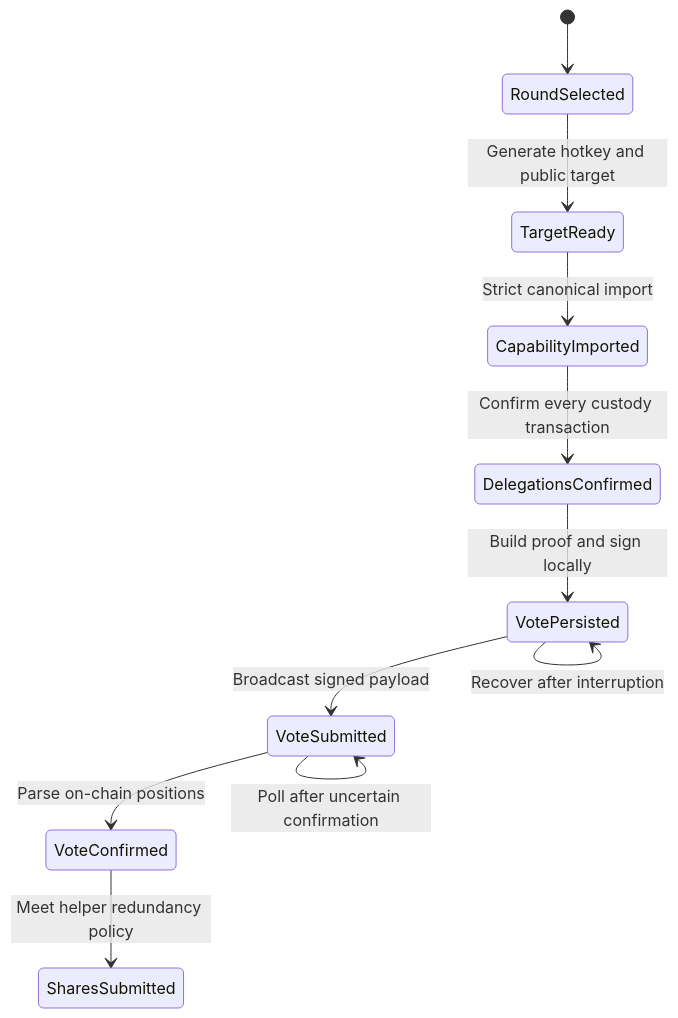
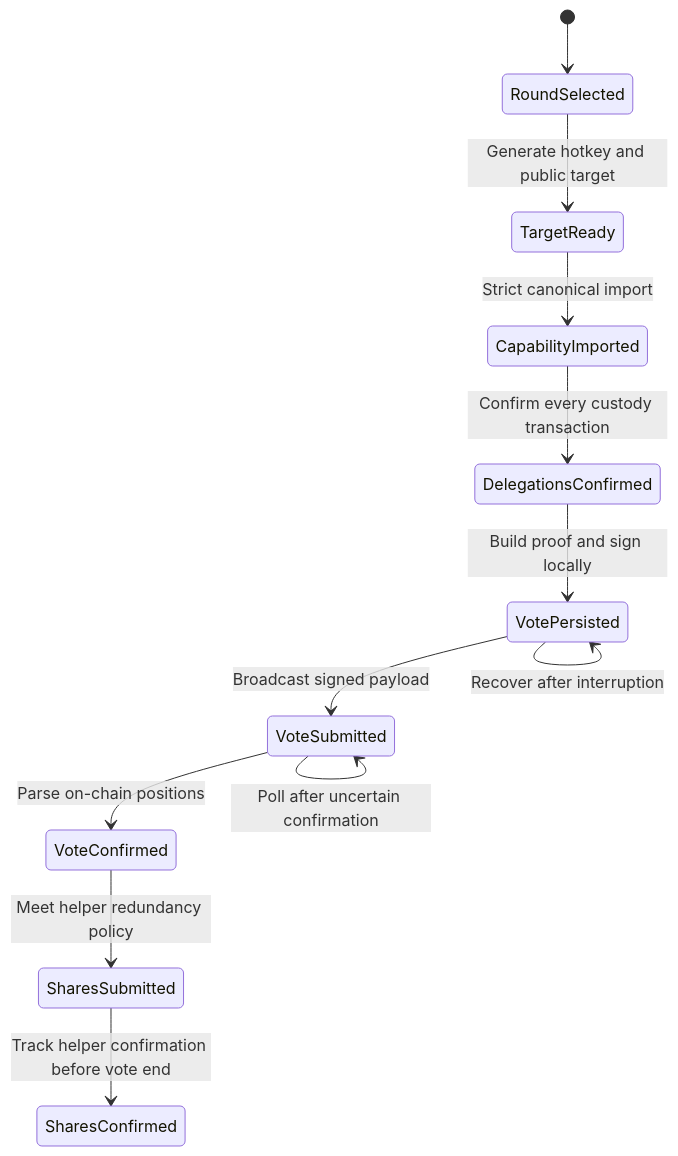
Before and after one commit to valargroup/custody-voter: the third of 3 diagrams in docs/architecture.md, drawn with Mermaid. The commit also changed other lines of this file and 17 other files, not shown here.

````diff
--- a/docs/architecture.md
+++ b/docs/architecture.md
@@ -59,13 +59,14 @@
 ```mermaid
 stateDiagram-v2
     [*] --> RoundSelected
     RoundSelected --> TargetReady: Generate hotkey and public target
     TargetReady --> CapabilityImported: Strict canonical import
     CapabilityImported --> DelegationsConfirmed: Confirm every custody transaction
     DelegationsConfirmed --> VotePersisted: Build proof and sign locally
     VotePersisted --> VoteSubmitted: Broadcast signed payload
     VoteSubmitted --> VoteConfirmed: Parse on-chain positions
     VoteConfirmed --> SharesSubmitted: Meet helper redundancy policy
+    SharesSubmitted --> SharesConfirmed: Track helper confirmation before vote end
     VotePersisted --> VotePersisted: Recover after interruption
     VoteSubmitted --> VoteSubmitted: Poll after uncertain confirmation
 ```
````
